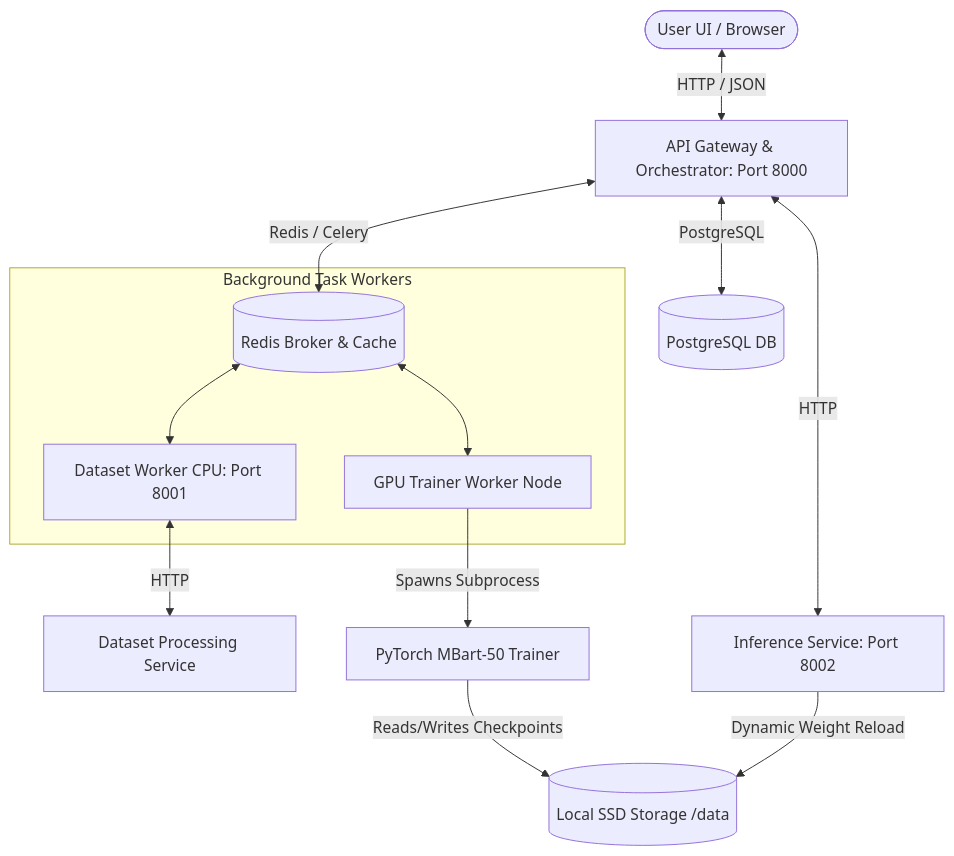
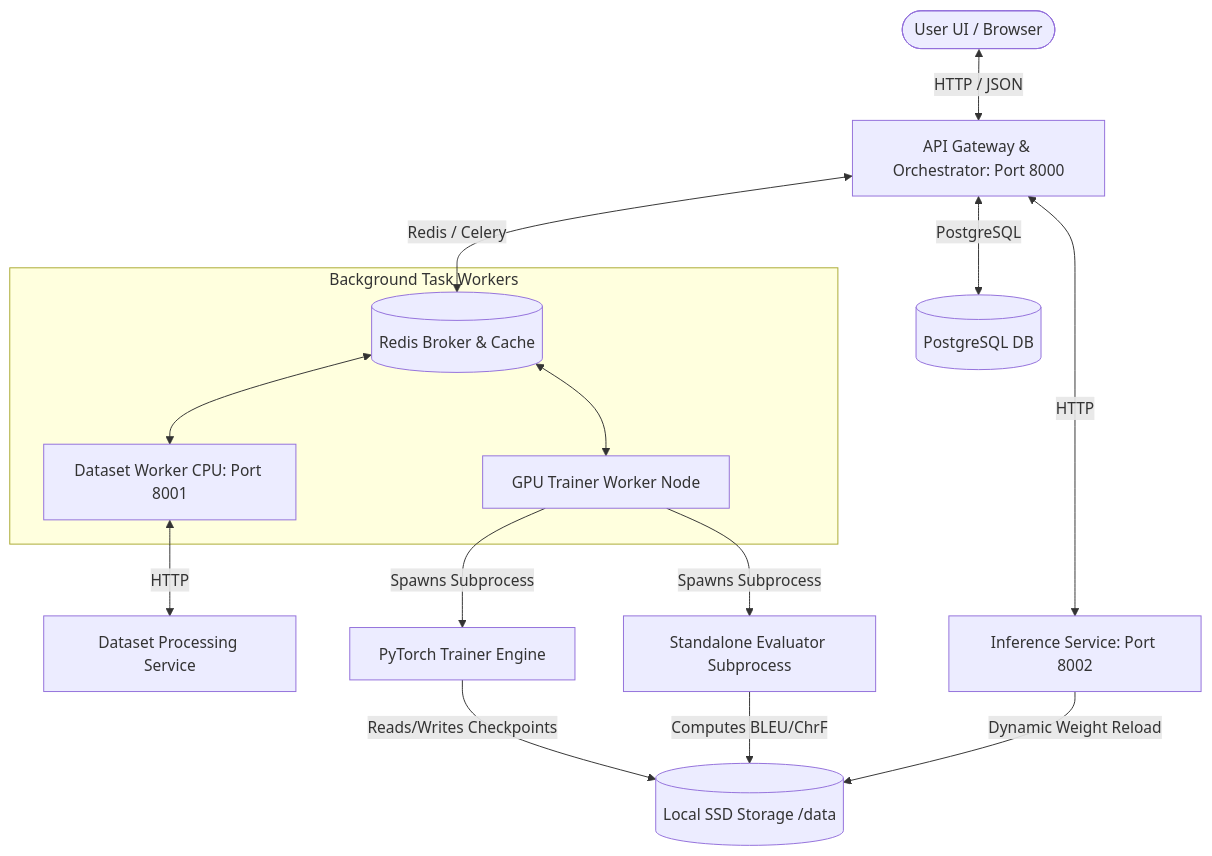
One commit to swaroop-rayker/AI-Translator changed the diagram in README.md. Above: the diagram before and after it, drawn with Mermaid. The commit also changed other lines of this file and 11 other files, not shown here.

````diff
--- a/README.md
+++ b/README.md
@@ -11,18 +11,20 @@
 ```mermaid
 graph TD
     User([User UI / Browser]) <--> |HTTP / JSON| Orchestrator[API Gateway & Orchestrator: Port 8000]
     Orchestrator <--> |PostgreSQL| DB[(PostgreSQL DB)]
     Orchestrator <--> |Redis / Celery| Redis[(Redis Broker & Cache)]
     
     subgraph Background Task Workers
         Redis <--> DatasetWorker[Dataset Worker CPU: Port 8001]
         Redis <--> GPUWorker[GPU Trainer Worker Node]
     end
 
     DatasetWorker <--> |HTTP| DatasetService[Dataset Processing Service]
-    GPUWorker --> |Spawns Subprocess| PyTorchTrainer[PyTorch MBart-50 Trainer]
+    GPUWorker --> |Spawns Subprocess| PyTorchTrainer[PyTorch Trainer Engine]
+    GPUWorker --> |Spawns Subprocess| StandaloneEvaluator[Standalone Evaluator Subprocess]
     PyTorchTrainer --> |Reads/Writes Checkpoints| LocalStorage[(Local SSD Storage /data)]
+    StandaloneEvaluator --> |Computes BLEU/ChrF| LocalStorage
 
     Orchestrator <--> |HTTP| InferenceService[Inference Service: Port 8002]
     InferenceService --> |Dynamic Weight Reload| LocalStorage
 ```
````
